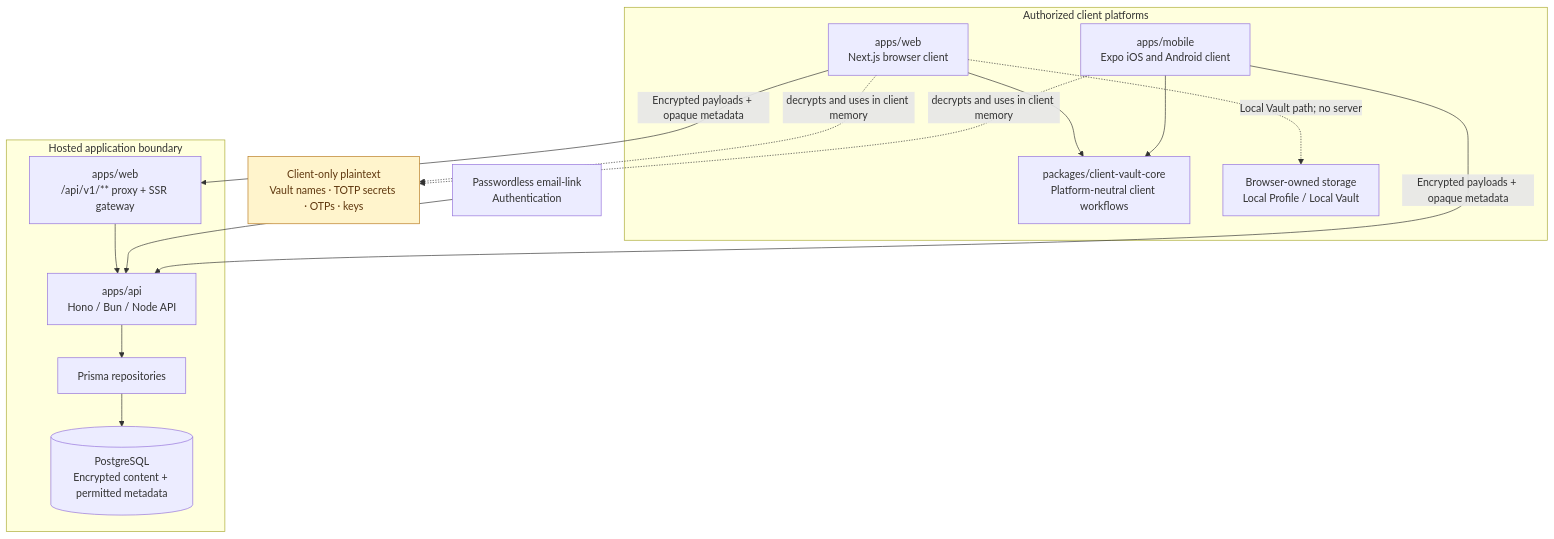
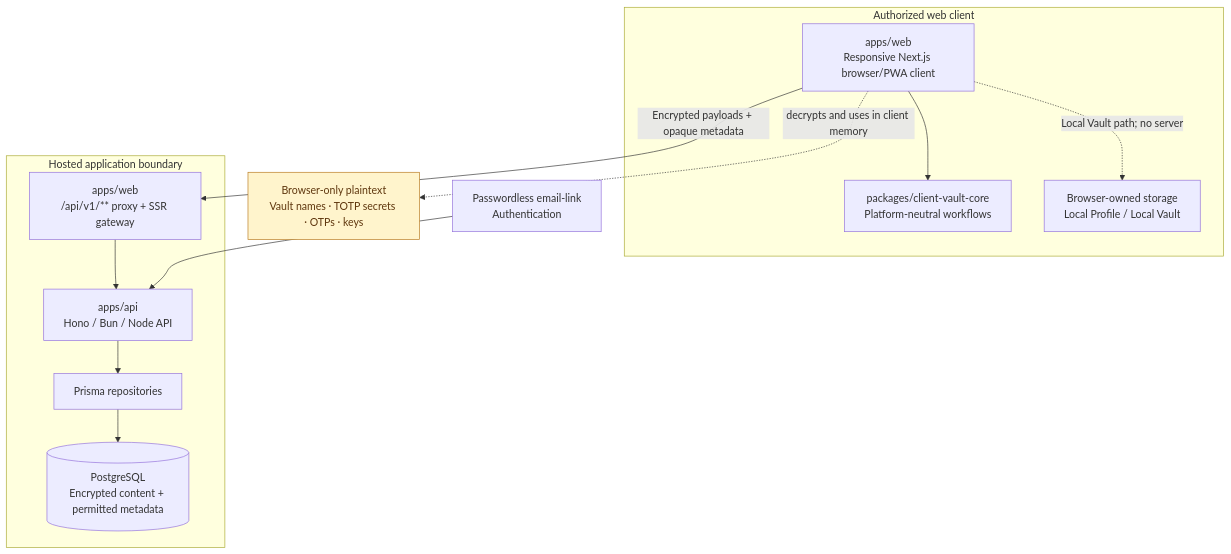
The diagram in README.md (arrokh/rhasia-scret), drawn with Mermaid before and after one commit. The commit also changed other lines of this file and 262 other files, not shown here.

Commit message:
[infra] refactor: Retire native mobile client

````diff
--- a/README.md
+++ b/README.md
@@ -35,31 +34,27 @@
 ```mermaid
 flowchart TB
-    subgraph clients["Authorized client platforms"]
-        browser["apps/web<br/>Next.js browser client"]
-        mobile["apps/mobile<br/>Expo iOS and Android client"]
-        core["packages/client-vault-core<br/>Platform-neutral client workflows"]
+    subgraph clients["Authorized web client"]
+        browser["apps/web<br/>Responsive Next.js browser/PWA client"]
+        core["packages/client-vault-core<br/>Platform-neutral workflows"]
         local["Browser-owned storage<br/>Local Profile / Local Vault"]
         browser --> core
-        mobile --> core
         browser -. "Local Vault path; no server" .-> local
     end
 
     subgraph hosted["Hosted application boundary"]
         api["apps/api<br/>Hono / Bun / Node API"]
         prisma["Prisma repositories"]
         database[("PostgreSQL<br/>Encrypted content + permitted metadata")]
         proxy["apps/web<br/>/api/v1/** proxy + SSR gateway"]
         proxy --> api
         api --> prisma --> database
     end
 
     auth["Passwordless email-link<br/>Authentication"] --> api
     browser -- "Encrypted payloads + opaque metadata" --> proxy
-    mobile -- "Encrypted payloads + opaque metadata" --> api
-    plaintext["Client-only plaintext<br/>Vault names · TOTP secrets · OTPs · keys"]:::clientOnly
+    plaintext["Browser-only plaintext<br/>Vault names · TOTP secrets · OTPs · keys"]:::clientOnly
     browser -. "decrypts and uses in client memory" .-> plaintext
-    mobile -. "decrypts and uses in client memory" .-> plaintext
 
     classDef clientOnly fill:#fff4cc,stroke:#b7791f,color:#5f370e;
     classDef hosted fill:#edf2f7,stroke:#4a5568,color:#1a202c;
 ```
````
